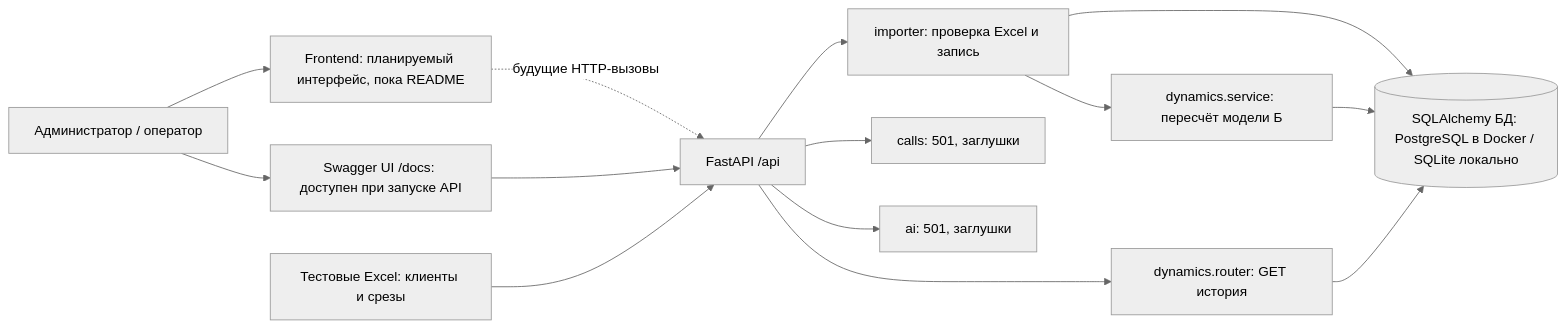
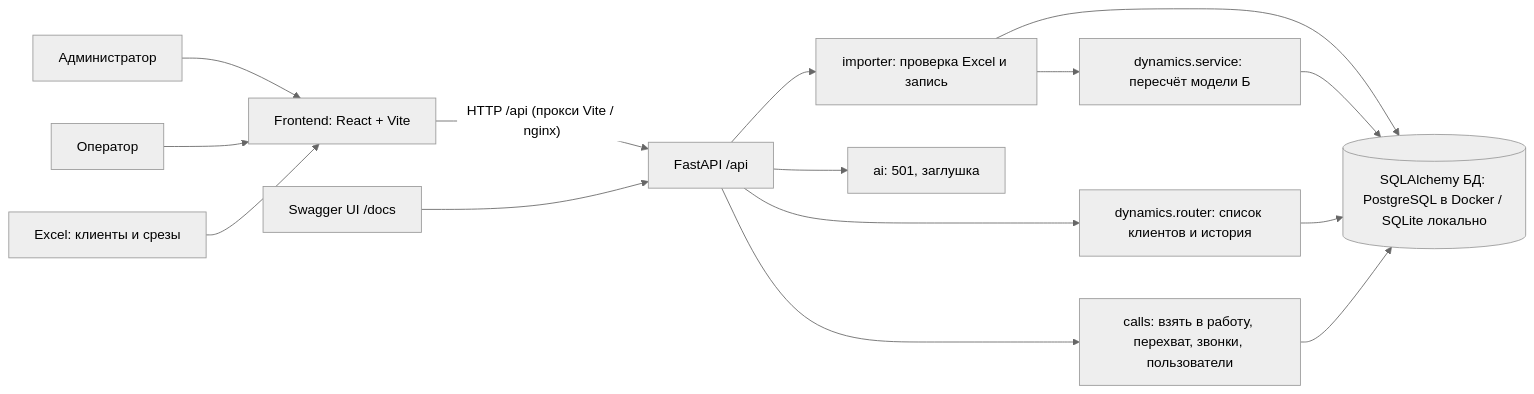
One commit to barny-kontur-team/Barny-Kontur changed the first of 3 diagrams in docs/c4.md. Above: the diagram before and after it, drawn with Mermaid (neutral theme). The commit also changed other lines of this file, not shown here.

First line of the commit message:
docs: схема C4 по текущему коду — звонки работают, ИИ пока 501

````diff
--- a/docs/c4.md
+++ b/docs/c4.md
@@ -7,16 +7,17 @@
 ```mermaid
 flowchart LR
-    Admin[Администратор / оператор] --> UI[Frontend: планируемый интерфейс, пока README]
-    Admin --> Swagger[Swagger UI /docs: доступен при запуске API]
-    UI -. будущие HTTP-вызовы .-> API[FastAPI /api]
-    Swagger --> API
-    XLS[Тестовые Excel: клиенты и срезы] --> API
+    Admin[Администратор] --> UI[Frontend: React + Vite]
+    Operator[Оператор] --> UI
+    UI -- "HTTP /api (прокси Vite / nginx)" --> API[FastAPI /api]
+    Swagger[Swagger UI /docs] --> API
+    XLS[Excel: клиенты и срезы] --> UI
     API --> Import[importer: проверка Excel и запись]
     Import --> Database[(SQLAlchemy БД: PostgreSQL в Docker / SQLite локально)]
     Import --> Calc[dynamics.service: пересчёт модели Б]
     Calc --> Database
-    API --> History[dynamics.router: GET история]
+    API --> History[dynamics.router: список клиентов и история]
     History --> Database
-    API --> Calls[calls: 501, заглушки]
-    API --> AI[ai: 501, заглушки]
+    API --> Calls[calls: взять в работу, перехват, звонки, пользователи]
+    Calls --> Database
+    API --> AI[ai: 501, заглушка]
 ```
````
